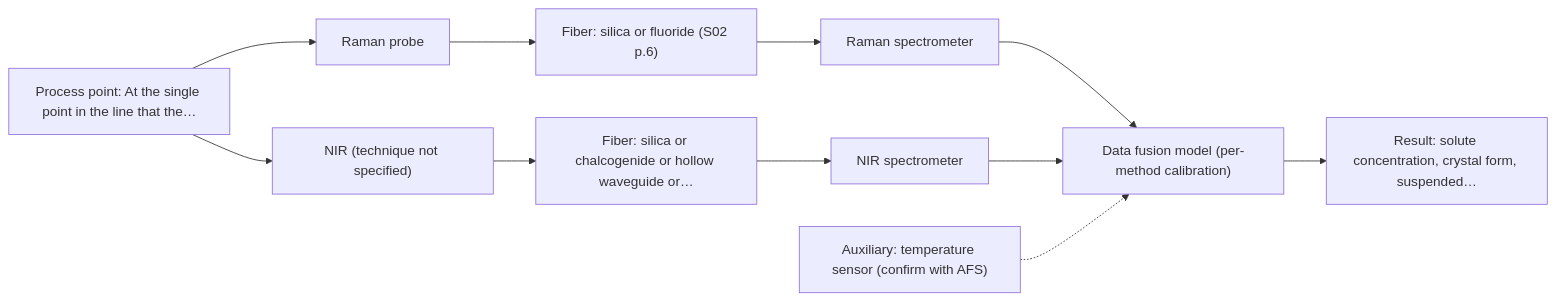
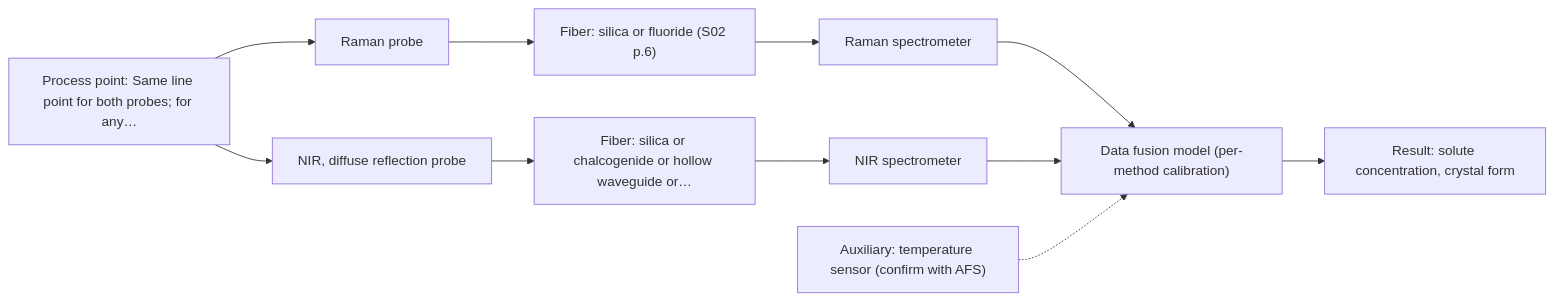
Before and after one commit to sleipnir029/Afs-Spectroscopy-Assistant: the second of 2 diagrams in outputs/adversarial/A11.md, drawn with Mermaid. The commit also changed other lines of this file and 9 other files, not shown here.

````diff
--- a/outputs/adversarial/A11.md
+++ b/outputs/adversarial/A11.md
@@ -81,23 +96,23 @@
 ```mermaid
 flowchart LR
-    proc["Process point: At the single point in the line that the…"]
+    proc["Process point: Same line point for both probes; for any…"]
     probe1["Raman probe"]
     fiber1["Fiber: silica or fluoride (S02 p.6)"]
     spec1["Raman spectrometer"]
-    probe2["NIR (technique not specified)"]
+    probe2["NIR, diffuse reflection probe"]
     fiber2["Fiber: silica or chalcogenide or hollow waveguide or…"]
     spec2["NIR spectrometer"]
     model["Data fusion model (per-method calibration)"]
-    result["Result: solute concentration, crystal form, suspended…"]
+    result["Result: solute concentration, crystal form"]
     aux1["Auxiliary: temperature sensor (confirm with AFS)"]
     proc --> probe1
     probe1 --> fiber1
     fiber1 --> spec1
     spec1 --> model
     proc --> probe2
     probe2 --> fiber2
     fiber2 --> spec2
     spec2 --> model
     model --> result
     aux1 -.-> model
 ```
````
